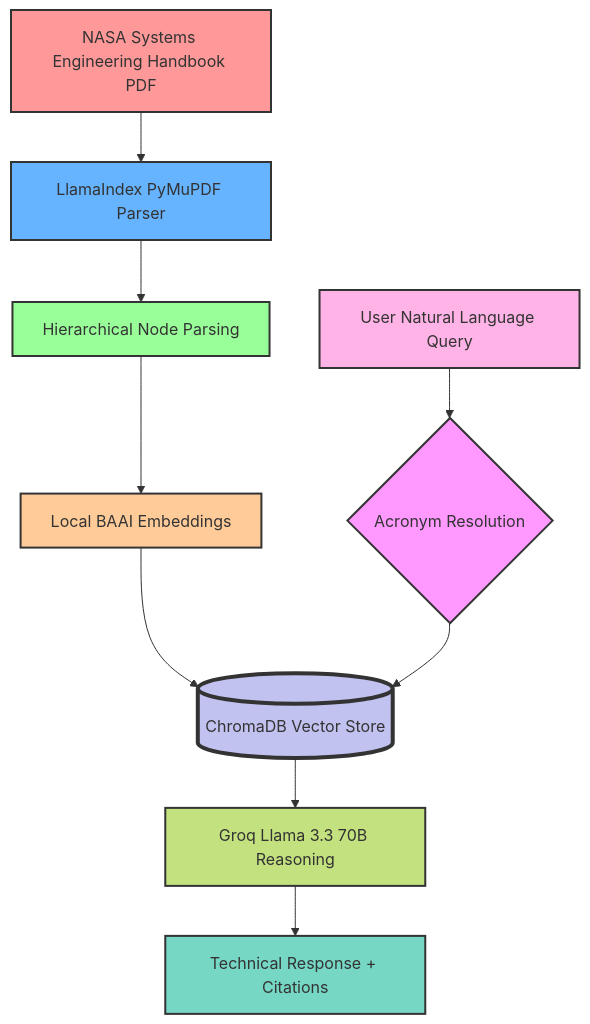
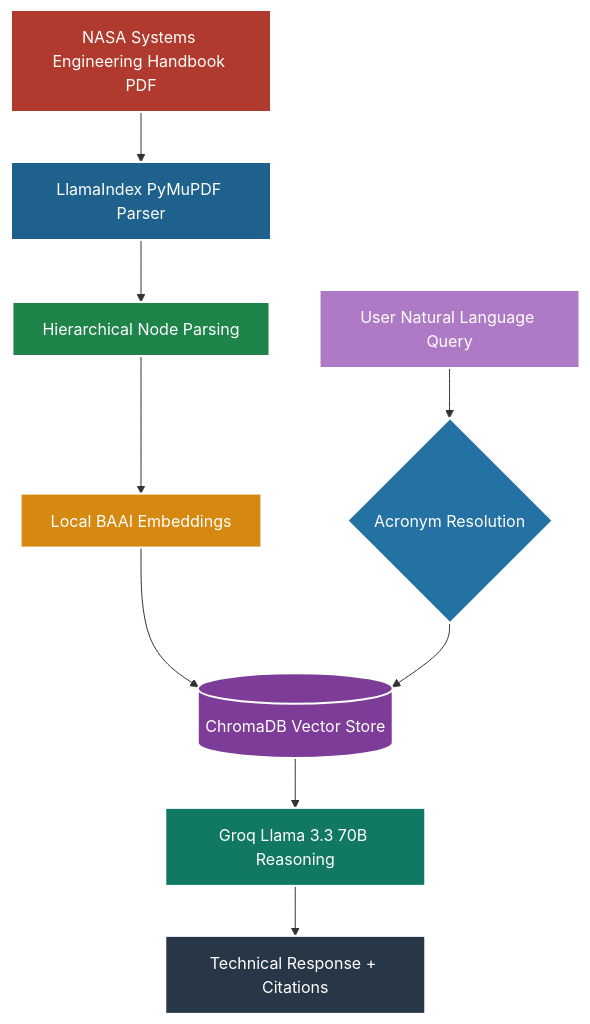
Before and after one commit to Aftab0904/Space-Systems-Eng-Intelligence-RAG: the diagram in README.md, drawn with Mermaid. The commit also changed other lines of this file, not shown here.

Commit message:
fix flowchart visibility and add youtube demo link

````diff
--- a/README.md
+++ b/README.md
@@ -45,22 +49,25 @@
 ```mermaid
 graph TD
     A[NASA Systems Engineering Handbook PDF] --> B[LlamaIndex PyMuPDF Parser]
     B --> C[Hierarchical Node Parsing]
     C --> D[Local BAAI Embeddings]
     D --> E[(ChromaDB Vector Store)]
     
     F[User Natural Language Query] --> G{Acronym Resolution}
     G --> E
     E --> H[Groq Llama 3.3 70B Reasoning]
     H --> I[Technical Response + Citations]
 
-    style A fill:#ff9999,stroke:#333,stroke-width:2px
-    style B fill:#66b3ff,stroke:#333,stroke-width:2px
-    style C fill:#99ff99,stroke:#333,stroke-width:2px
-    style D fill:#ffcc99,stroke:#333,stroke-width:2px
-    style E fill:#c2c2f0,stroke:#333,stroke-width:4px
-    style F fill:#ffb3e6,stroke:#333,stroke-width:2px
-    style G fill:#f9f,stroke:#333,stroke-width:2px
-    style H fill:#c4e17f,stroke:#333,stroke-width:2px
-    style I fill:#76D7C4,stroke:#333,stroke-width:2px
+    classDef box color:#fff,stroke:#fff,stroke-width:2px;
+    class A,B,C,D,E,F,G,H,I box;
+
+    style A fill:#B03A2E
+    style B fill:#1F618D
+    style C fill:#1E8449
+    style D fill:#D68910
+    style E fill:#7D3C98
+    style F fill:#AF7AC5
+    style G fill:#2471A3
+    style H fill:#117864
+    style I fill:#283747
 ```
````
